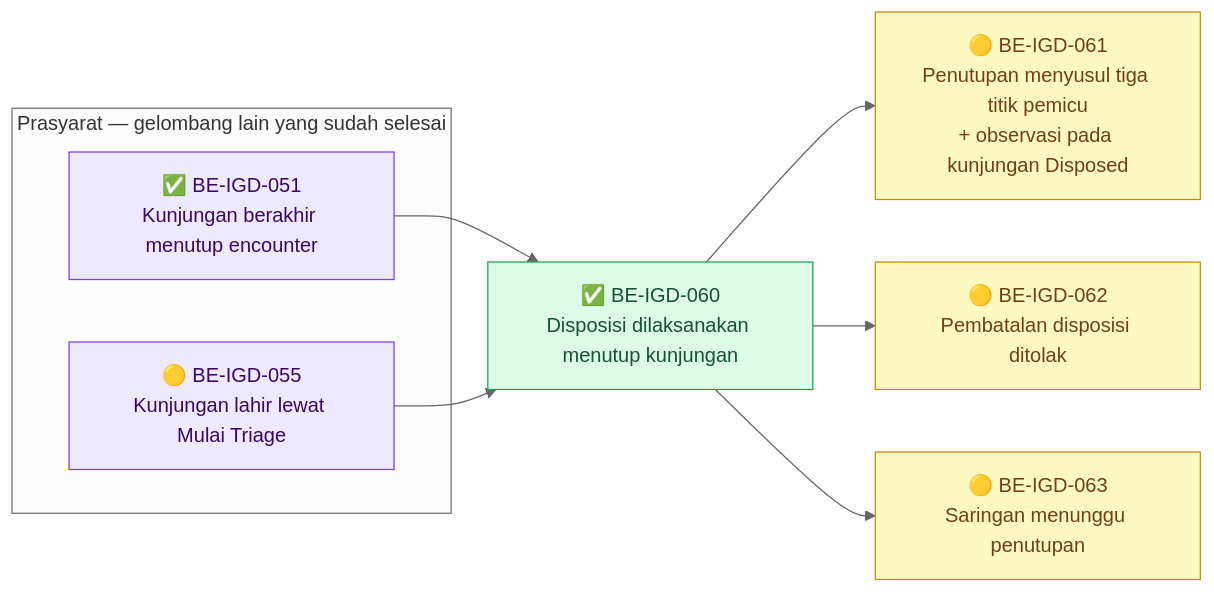
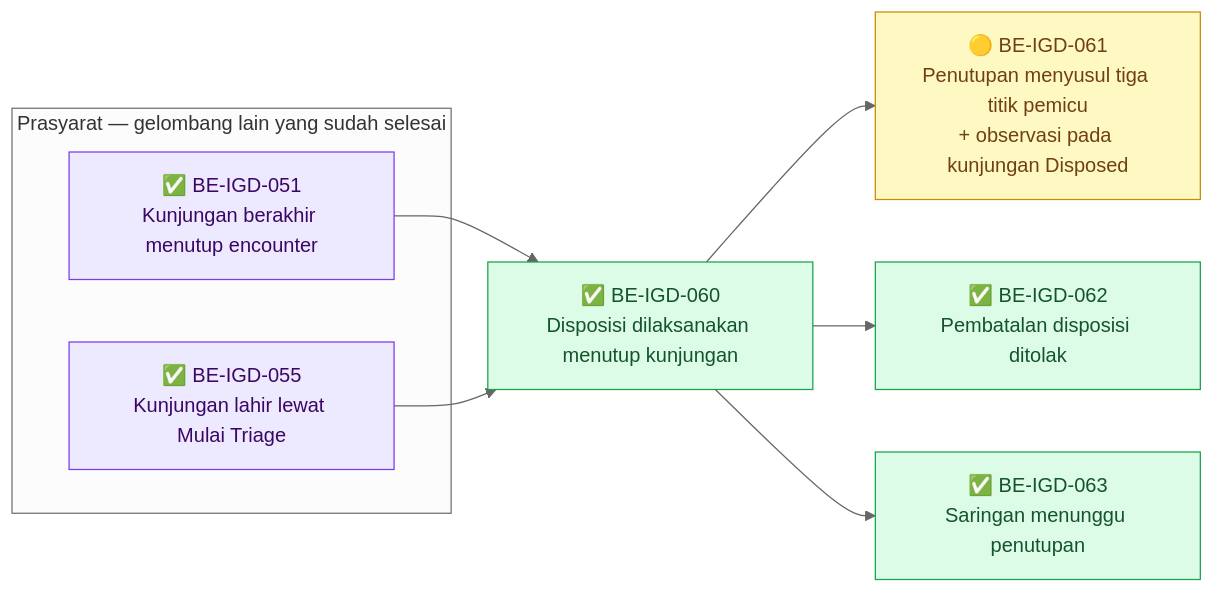
Before and after one commit to DevBenari/NewQuilvianSystemBackend: diagram 12 of 12 in docs/module-blueprints/igd/roadmap/backend-roadmap.md, drawn with Mermaid (neutral theme). The commit also changed other lines of this file and 16 other files, not shown here.

````diff
--- a/docs/module-blueprints/igd/roadmap/backend-roadmap.md
+++ b/docs/module-blueprints/igd/roadmap/backend-roadmap.md
@@ -2754,24 +2754,24 @@
 ```mermaid
 flowchart LR
     classDef selesai fill:#DCFCE7,stroke:#16A34A,color:#14532D
     classDef sebagian fill:#FEF9C3,stroke:#CA8A04,color:#713F12
     classDef terblokir fill:#FEE2E2,stroke:#DC2626,color:#7F1D1D
     classDef belum fill:#F1F5F9,stroke:#64748B,color:#0F172A
     classDef luar fill:#EDE9FE,stroke:#7C3AED,color:#3B0764
 
     subgraph prasyarat14["Prasyarat — gelombang lain yang sudah selesai"]
         BEIGD051X["✅ BE-IGD-051<br/>Kunjungan berakhir menutup encounter"]:::luar
-        BEIGD055X["🟡 BE-IGD-055<br/>Kunjungan lahir lewat Mulai Triage"]:::luar
+        BEIGD055X["✅ BE-IGD-055<br/>Kunjungan lahir lewat Mulai Triage"]:::luar
     end
 
     BEIGD060["✅ BE-IGD-060<br/>Disposisi dilaksanakan menutup kunjungan"]:::selesai
     BEIGD061["🟡 BE-IGD-061<br/>Penutupan menyusul tiga titik pemicu<br/>+ observasi pada kunjungan Disposed"]:::sebagian
-    BEIGD062["🟡 BE-IGD-062<br/>Pembatalan disposisi ditolak"]:::sebagian
-    BEIGD063["🟡 BE-IGD-063<br/>Saringan menunggu penutupan"]:::sebagian
+    BEIGD062["✅ BE-IGD-062<br/>Pembatalan disposisi ditolak"]:::selesai
+    BEIGD063["✅ BE-IGD-063<br/>Saringan menunggu penutupan"]:::selesai
 
     BEIGD051X --> BEIGD060
     BEIGD055X --> BEIGD060
     BEIGD060 --> BEIGD061
     BEIGD060 --> BEIGD062
     BEIGD060 --> BEIGD063
 ```
````
